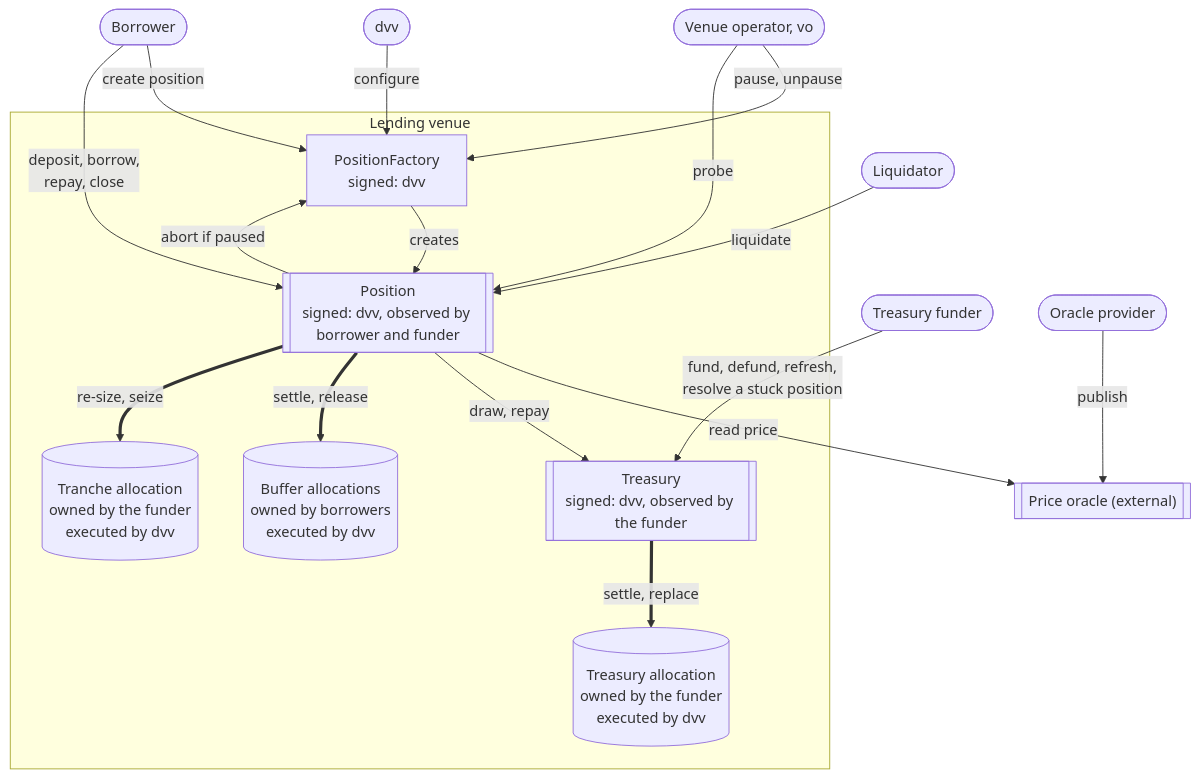
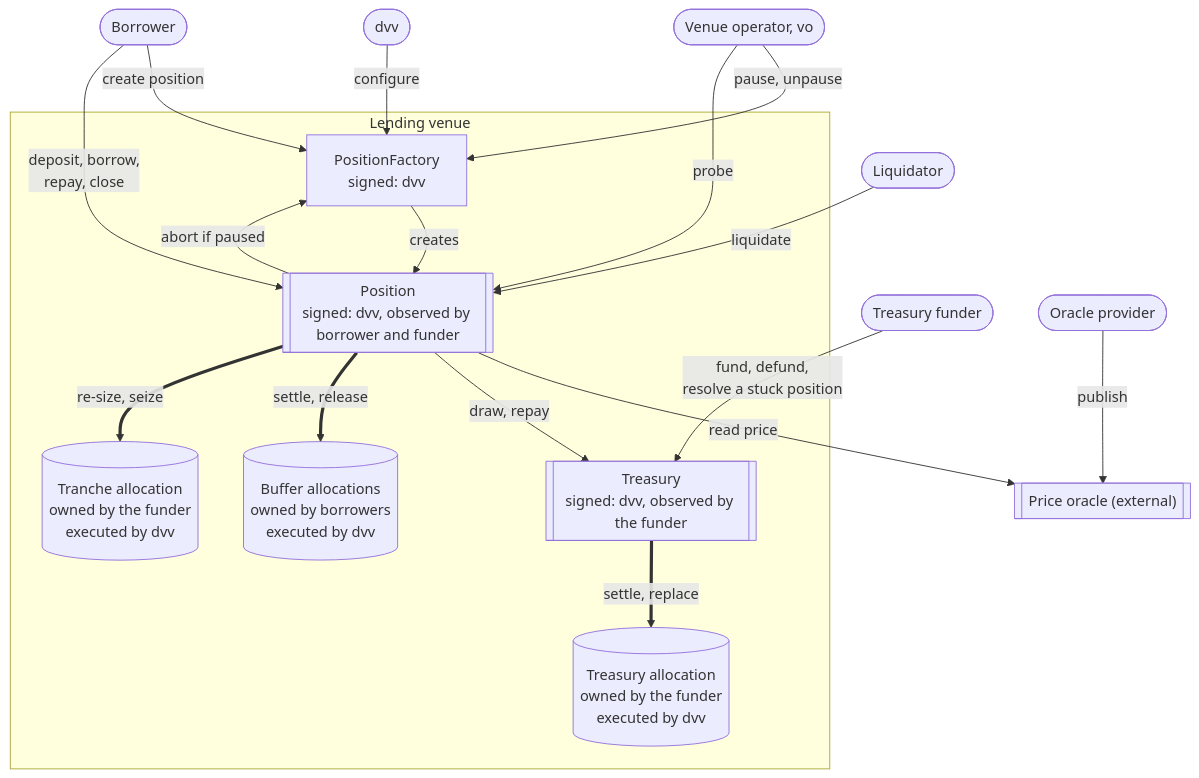
The first of 7 diagrams in docs/reference-architectures/lending.md (OpenZeppelin/canton-specs), drawn with Mermaid before and after one commit. The commit also changed other lines of this file, not shown here.

Commit message:
Remove the refresh.

````diff
--- a/docs/reference-architectures/lending.md
+++ b/docs/reference-architectures/lending.md
@@ -90,36 +90,36 @@
 ```mermaid
 flowchart TB
     Consortium([dvv])
     Operator([Venue operator, vo])
     Funder([Treasury funder])
     Borrower([Borrower])
     Liquidator([Liquidator])
     Provider([Oracle provider])
 
     subgraph Target["Lending venue"]
         Factory["PositionFactory<br/>signed: dvv"]
         Position[["Position<br/>signed: dvv, observed by borrower and funder"]]
         Treasury[["Treasury<br/>signed: dvv, observed by the funder"]]
         Collateral[("Buffer allocations<br/>owned by borrowers<br/>executed by dvv")]
         Liquidity[("Treasury allocation<br/>owned by the funder<br/>executed by dvv")]
         Tranche[("Tranche allocation<br/>owned by the funder<br/>executed by dvv")]
     end
 
     Oracle[["Price oracle (external)"]]
 
     Consortium -->|"configure"| Factory
     Operator -->|"pause, unpause"| Factory
     Operator -->|"probe"| Position
-    Funder -->|"fund, defund, refresh,<br/>resolve a stuck position"| Treasury
+    Funder -->|"fund, defund,<br/>resolve a stuck position"| Treasury
     Borrower -->|"create position"| Factory
     Factory -->|"creates"| Position
     Borrower -->|"deposit, borrow,<br/>repay, close"| Position
     Liquidator -->|"liquidate"| Position
     Provider -->|"publish"| Oracle
     Position -->|"abort if paused"| Factory
     Position -->|"read price"| Oracle
     Position -->|"draw, repay"| Treasury
     Position ==>|"settle, release"| Collateral
     Position ==>|"re-size, seize"| Tranche
     Treasury ==>|"settle, replace"| Liquidity
 ```
````
